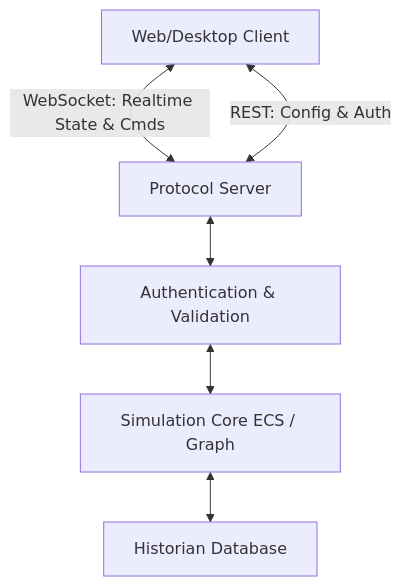
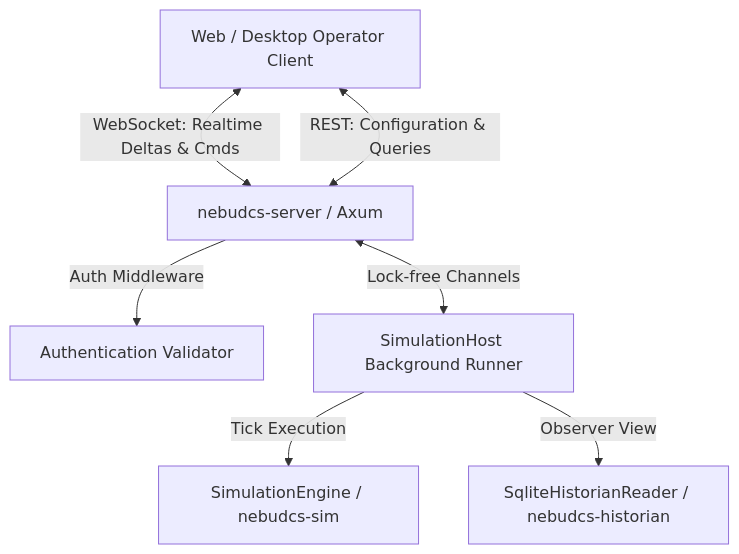
One commit to kaivyy/nebudcs changed the first of 2 diagrams in docs/architecture/protocol.md. Above: the diagram before and after it, drawn with Mermaid. The commit also changed other lines of this file and 149 other files, not shown here.

````diff
--- a/docs/architecture/protocol.md
+++ b/docs/architecture/protocol.md
@@ -65,8 +209,9 @@
 ```mermaid
 graph TD
-    A[Web/Desktop Client] <-->|WebSocket: Realtime State & Cmds| B[Protocol Server]
-    A <-->|REST: Config & Auth| B
-    B <--> C[Authentication & Validation]
-    C <--> D[Simulation Core ECS / Graph]
-    D <--> E[Historian Database]
+    Client[Web / Desktop Operator Client] <-->|WebSocket: Realtime Deltas & Cmds| Server[nebudcs-server / Axum]
+    Client <-->|REST: Configuration & Queries| Server
+    Server -->|Auth Middleware| Auth[Authentication Validator]
+    Server <-->|Lock-free Channels| Host[SimulationHost Background Runner]
+    Host -->|Tick Execution| Engine[SimulationEngine / nebudcs-sim]
+    Host -->|Observer View| Historian[SqliteHistorianReader / nebudcs-historian]
 ```
````
